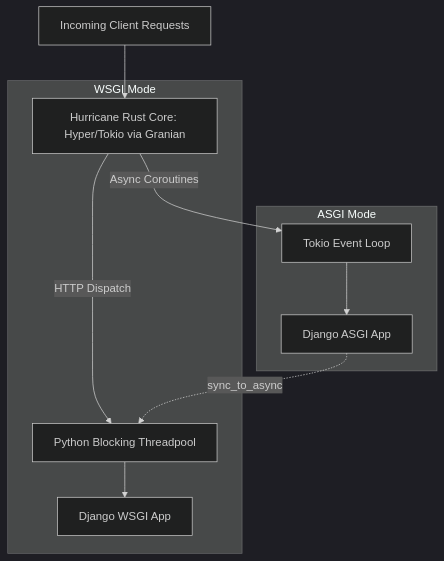
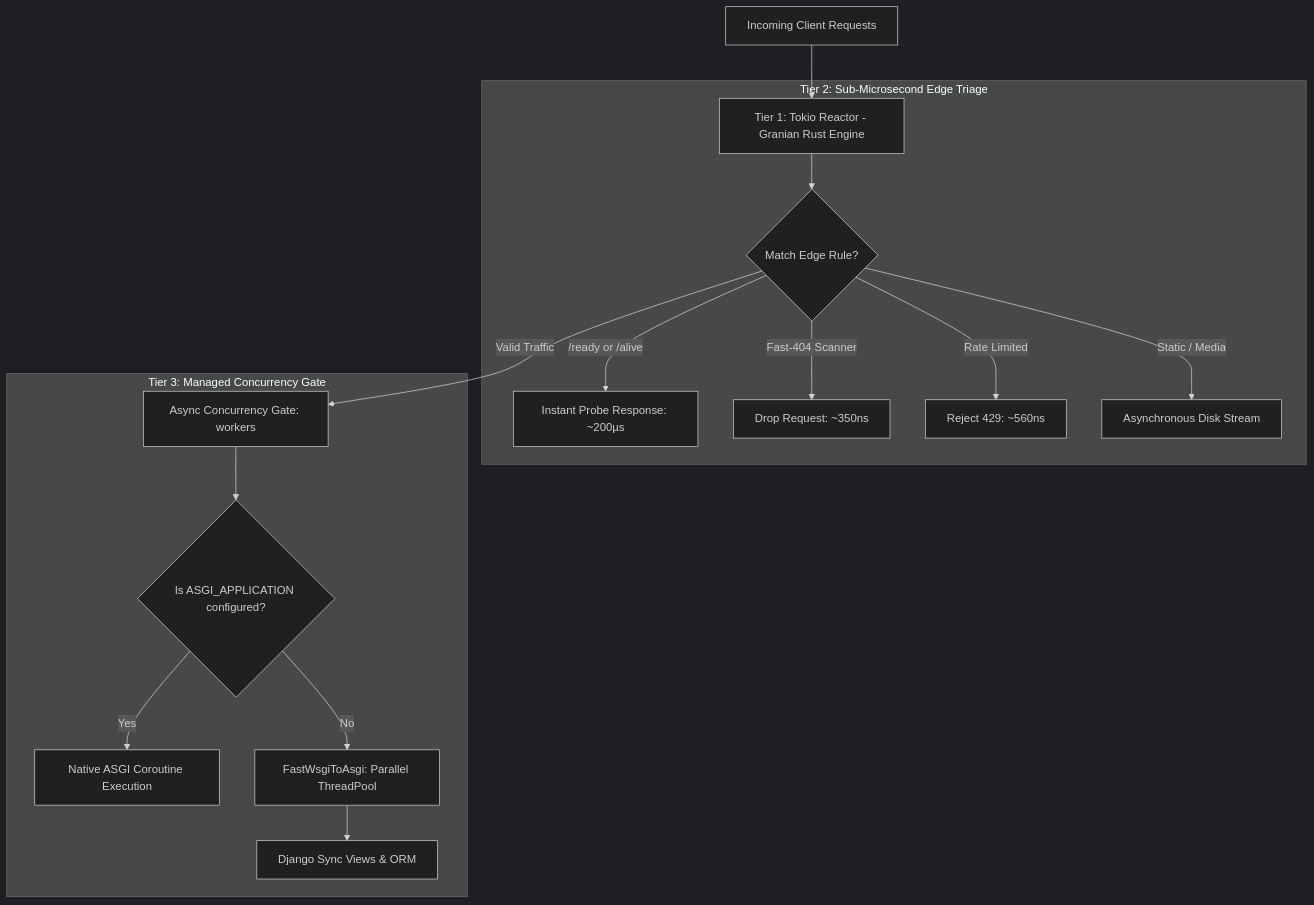
Before and after one commit to django-hurricane/django-hurricane: the diagram in docs/content/3.concepts/7.asgi-vs-wsgi.md, drawn with Mermaid (dark theme). The commit also changed other lines of this file and 27 other files, not shown here.

First line of the commit message:
feat: impl. asgi edge router layer, website content (#171)

````diff
--- a/docs/content/3.concepts/7.asgi-vs-wsgi.md
+++ b/docs/content/3.concepts/7.asgi-vs-wsgi.md
@@ -31,15 +31,20 @@
 ```mermaid
 graph TD
-    Client[Incoming Client Requests] --> RustCore[Hurricane Rust Core: Hyper/Tokio via Granian]
-
-    subgraph WSGI Mode
-        RustCore -->|HTTP Dispatch| PyThreadPool[Python Blocking Threadpool]
-        PyThreadPool --> DjangoWSGI[Django WSGI App]
+    Client[Incoming Client Requests] --> Tier1[Tier 1: Tokio Reactor - Granian Rust Engine]
+    
+    subgraph Tier 2: Sub-Microsecond Edge Triage
+        Tier1 --> EdgeFilters{Match Edge Rule?}
+        EdgeFilters -->|/ready or /alive| ProbeResp[Instant Probe Response: ~200µs]
+        EdgeFilters -->|Fast-404 Scanner| Drop404[Drop Request: ~350ns]
+        EdgeFilters -->|Rate Limited| Drop429[Reject 429: ~560ns]
+        EdgeFilters -->|Static / Media| FileStream[Asynchronous Disk Stream]
     end
 
-    subgraph ASGI Mode
-        RustCore -->|Async Coroutines| TokioLoop[Tokio Event Loop]
-        TokioLoop --> DjangoASGI[Django ASGI App]
-        DjangoASGI -.->|sync_to_async| PyThreadPool
+    subgraph Tier 3: Managed Concurrency Gate
+        EdgeFilters -->|Valid Traffic| Gate[Async Concurrency Gate: workers]
+        Gate --> AppCheck{Is ASGI_APPLICATION configured?}
+        AppCheck -- Yes --> NativeASGI[Native ASGI Coroutine Execution]
+        AppCheck -- No --> ThreadPool[FastWsgiToAsgi: Parallel ThreadPool]
+        ThreadPool --> DjangoWSGI[Django Sync Views & ORM]
     end
 ```
````
